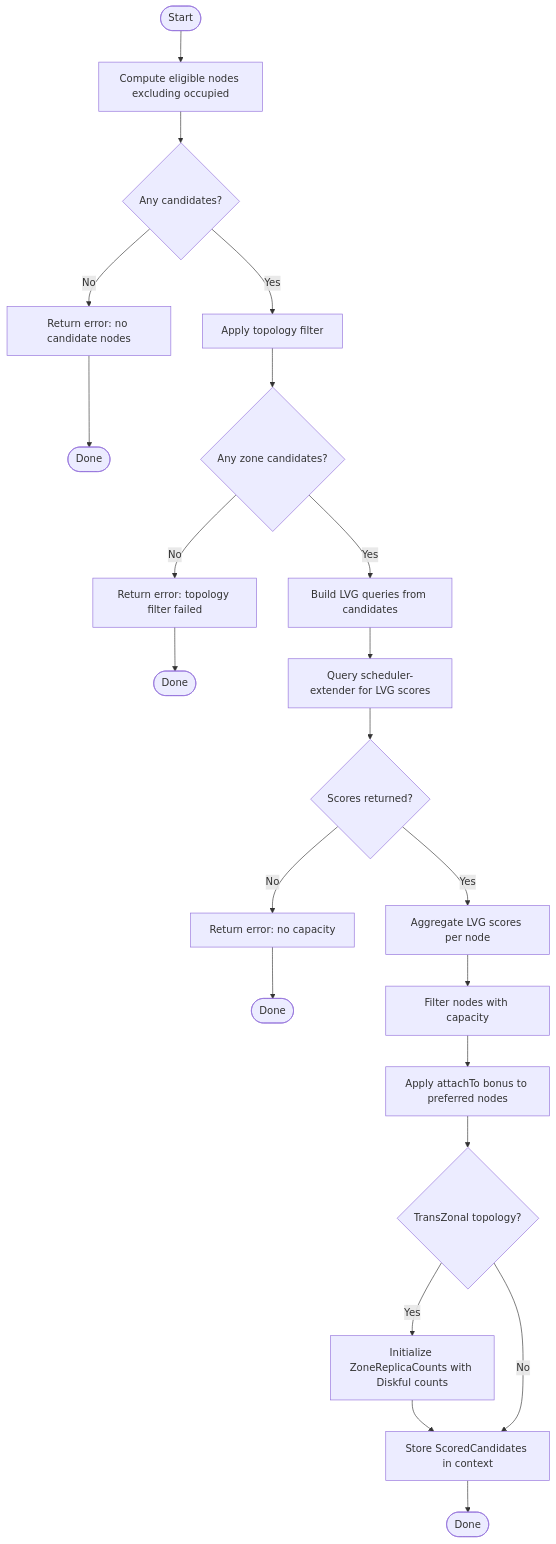
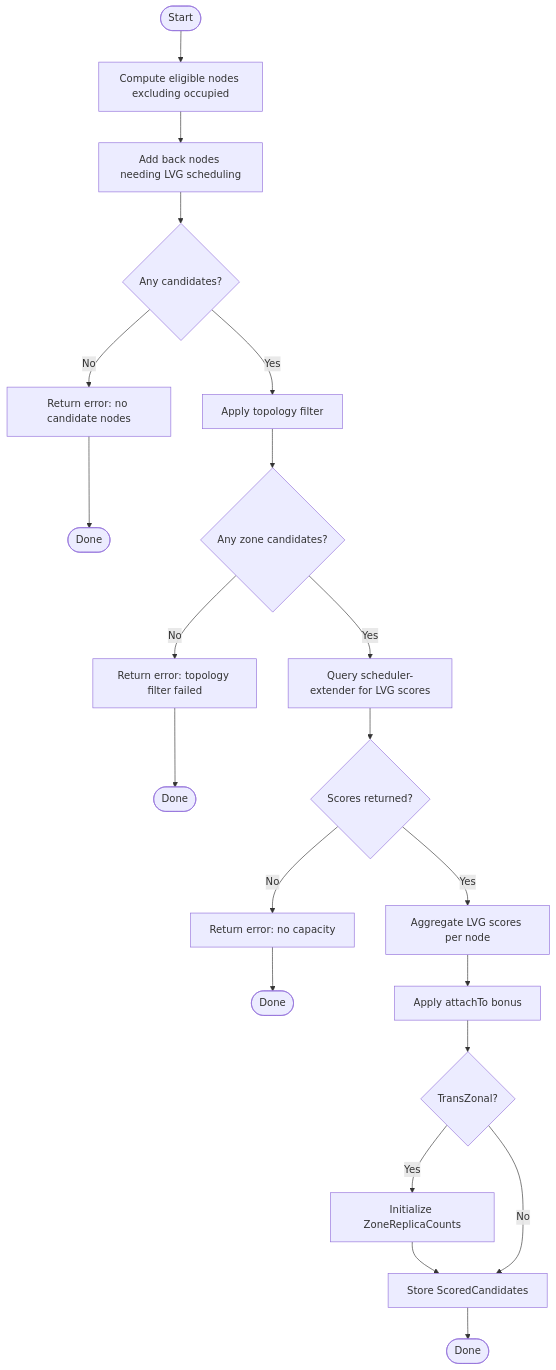
One commit to deckhouse/sds-replicated-volume changed the third of 7 diagrams in images/controller/internal/controllers/rvr_scheduling_controller/README.md. Above: the diagram before and after it, drawn with Mermaid. The commit also changed other lines of this file, not shown here.

````diff
--- a/images/controller/internal/controllers/rvr_scheduling_controller/README.md
+++ b/images/controller/internal/controllers/rvr_scheduling_controller/README.md
@@ -454,28 +390,26 @@
 ```mermaid
 flowchart TD
     Start([Start]) --> ComputeEligible[Compute eligible nodes excluding occupied]
-    ComputeEligible --> CheckCandidates{Any candidates?}
+    ComputeEligible --> AddReserved[Add back nodes needing LVG scheduling]
+    AddReserved --> CheckCandidates{Any candidates?}
     CheckCandidates -->|No| ErrorNoCandidates[Return error: no candidate nodes]
     ErrorNoCandidates --> End1([Done])
 
     CheckCandidates -->|Yes| ApplyTopology[Apply topology filter]
     ApplyTopology --> CheckZoneCandidates{Any zone candidates?}
     CheckZoneCandidates -->|No| ErrorNoZones[Return error: topology filter failed]
     ErrorNoZones --> End2([Done])
 
-    CheckZoneCandidates -->|Yes| BuildLVGQueries[Build LVG queries from candidates]
-    BuildLVGQueries --> QueryExtender[Query scheduler-extender for LVG scores]
+    CheckZoneCandidates -->|Yes| QueryExtender[Query scheduler-extender for LVG scores]
     QueryExtender --> CheckScores{Scores returned?}
     CheckScores -->|No| ErrorNoCapacity[Return error: no capacity]
     ErrorNoCapacity --> End3([Done])
 
     CheckScores -->|Yes| AggregateLVG[Aggregate LVG scores per node]
-    AggregateLVG --> FilterByCapacity[Filter nodes with capacity]
-    FilterByCapacity --> ApplyBonus[Apply attachTo bonus to preferred nodes]
-    ApplyBonus --> InitZoneCounts{TransZonal topology?}
-
-    InitZoneCounts -->|Yes| InitCounts[Initialize ZoneReplicaCounts with Diskful counts]
-    InitCounts --> StoreCandidates[Store ScoredCandidates in context]
+    AggregateLVG --> ApplyBonus[Apply attachTo bonus]
+    ApplyBonus --> InitZoneCounts{TransZonal?}
+    InitZoneCounts -->|Yes| InitCounts[Initialize ZoneReplicaCounts]
+    InitCounts --> StoreCandidates[Store ScoredCandidates]
     InitZoneCounts -->|No| StoreCandidates
     StoreCandidates --> End4([Done])
 ```
````
